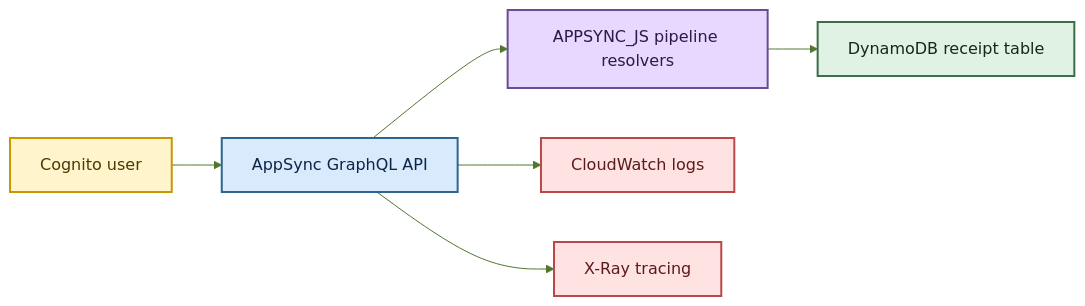
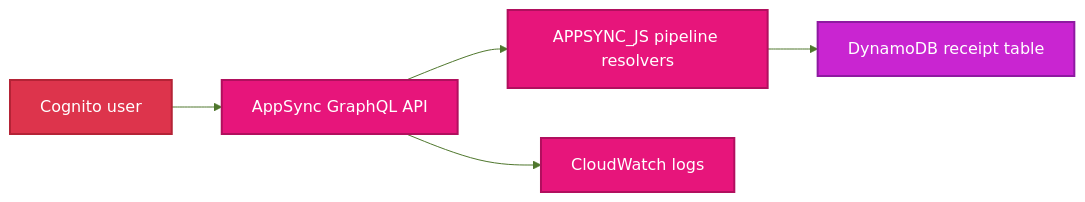
Before and after one commit to reiganarmstrong/check-split-mono: the first of 5 diagrams in infra/modules/receipt-api/README.md, drawn with Mermaid. The commit also changed other lines of this file and 9 other files, not shown here.

First line of the commit message:
docs(readme): align architecture diagrams and hosting docs

````diff
--- a/infra/modules/receipt-api/README.md
+++ b/infra/modules/receipt-api/README.md
@@ -55,31 +55,28 @@
 ```mermaid
 ---
 config:
   theme: base
   themeVariables:
     primaryColor: "#DFF2E4"
     primaryTextColor: "#132A13"
     primaryBorderColor: "#3C6E47"
     lineColor: "#4F772D"
     secondaryColor: "#E9F5DB"
     tertiaryColor: "#FEFAE0"
 ---
 flowchart LR
   C["Cognito user"] --> A["AppSync GraphQL API"]
   A --> R["APPSYNC_JS pipeline resolvers"]
   R --> D["DynamoDB receipt table"]
   A --> L["CloudWatch logs"]
-  A --> X["X-Ray tracing"]
 
-  classDef identity fill:#FFF4CC,stroke:#C99700,color:#4A3A00,stroke-width:2px;
-  classDef api fill:#D9EAFD,stroke:#2F6690,color:#0B2545,stroke-width:2px;
-  classDef compute fill:#E7D8FF,stroke:#6A4C93,color:#2F1847,stroke-width:2px;
-  classDef storage fill:#DFF2E4,stroke:#3C6E47,color:#132A13,stroke-width:2px;
-  classDef observability fill:#FFE2E2,stroke:#BC4749,color:#5C1A1B,stroke-width:2px;
+  classDef cognito fill:#DD344C,stroke:#B42336,color:#FFFFFF,stroke-width:2px;
+  classDef appsync fill:#E7157B,stroke:#B10F5E,color:#FFFFFF,stroke-width:2px;
+  classDef dynamodb fill:#C925D1,stroke:#8E1AA1,color:#FFFFFF,stroke-width:2px;
+  classDef cloudwatch fill:#E7157B,stroke:#B10F5E,color:#FFFFFF,stroke-width:2px;
 
-  class C identity;
-  class A api;
-  class R compute;
-  class D storage;
-  class L,X observability;
+  class C cognito;
+  class A,R appsync;
+  class D dynamodb;
+  class L cloudwatch;
 ```
````
